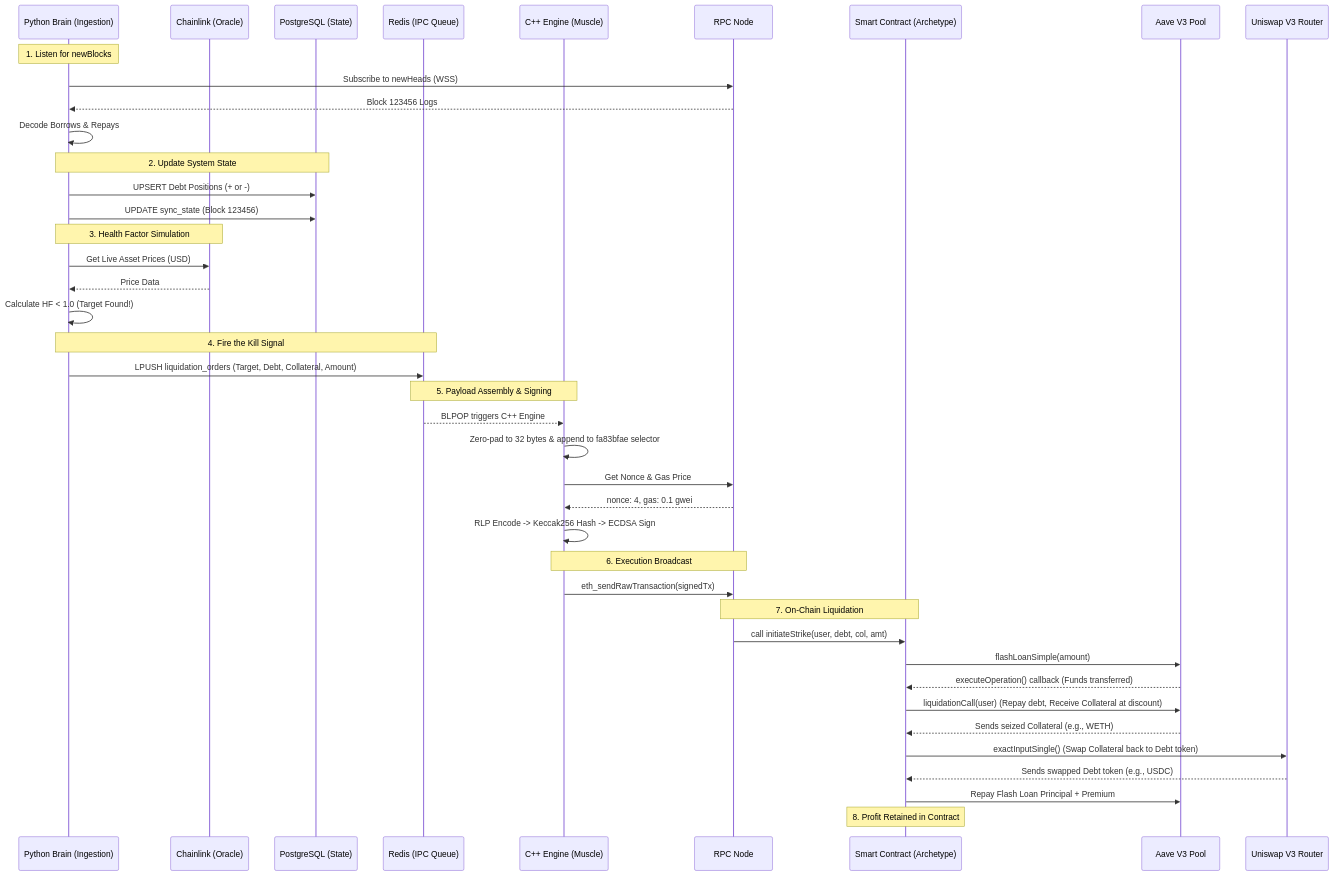
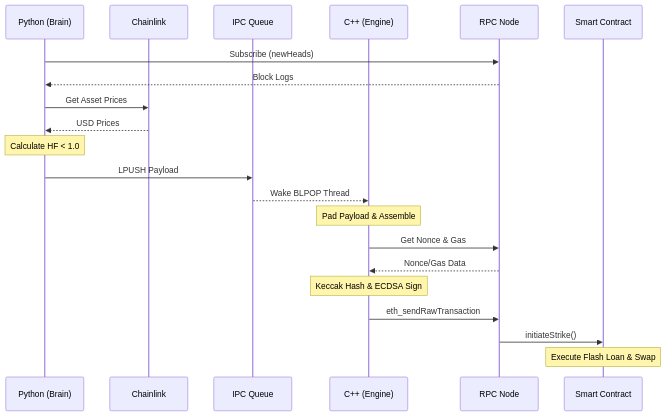
Before and after one commit to thanhdanhng11/archetype_bot: the third of 3 diagrams in document/functional_requirements_and_workflow.md, drawn with Mermaid. The commit also changed other lines of this file and 33 other files, not shown here.

````diff
--- a/document/functional_requirements_and_workflow.md
+++ b/document/functional_requirements_and_workflow.md
@@ -47,50 +101,28 @@
 ```mermaid
 sequenceDiagram
-    participant B as Python Brain (Ingestion)
-    participant O as Chainlink (Oracle)
-    participant DB as PostgreSQL (State)
-    participant R as Redis (IPC Queue)
-    participant E as C++ Engine (Muscle)
+    participant Brain as Python (Brain)
+    participant Oracle as Chainlink
+    participant Redis as IPC Queue
+    participant Engine as C++ (Engine)
     participant Node as RPC Node
-    participant SC as Smart Contract (Archetype)
-    participant Aave as Aave V3 Pool
-    participant Uni as Uniswap V3 Router
+    participant SC as Smart Contract
 
-    Note over B: 1. Listen for newBlocks
-    B->>Node: Subscribe to newHeads (WSS)
-    Node-->>B: Block 123456 Logs
-    B->>B: Decode Borrows & Repays
+    Brain->>Node: Subscribe (newHeads)
+    Node-->>Brain: Block Logs
+    Brain->>Oracle: Get Asset Prices
+    Oracle-->>Brain: USD Prices
     
-    Note over B, DB: 2. Update System State
-    B->>DB: UPSERT Debt Positions (+ or -)
-    B->>DB: UPDATE sync_state (Block 123456)
+    Note over Brain: Calculate HF < 1.0
+    Brain->>Redis: LPUSH Payload
     
-    Note over B, O: 3. Health Factor Simulation
-    B->>O: Get Live Asset Prices (USD)
-    O-->>B: Price Data
-    B->>B: Calculate HF < 1.0 (Target Found!)
+    Redis-->>Engine: Wake BLPOP Thread
+    Note over Engine: Pad Payload & Assemble
+    Engine->>Node: Get Nonce & Gas
+    Node-->>Engine: Nonce/Gas Data
     
-    Note over B, R: 4. Fire the Kill Signal
-    B->>R: LPUSH liquidation_orders (Target, Debt, Collateral, Amount)
+    Note over Engine: Keccak Hash & ECDSA Sign
+    Engine->>Node: eth_sendRawTransaction
     
-    Note over E, R: 5. Payload Assembly & Signing
-    R-->>E: BLPOP triggers C++ Engine
-    E->>E: Zero-pad to 32 bytes & append to fa83bfae selector
-    E->>Node: Get Nonce & Gas Price
-    Node-->>E: nonce: 4, gas: 0.1 gwei
-    E->>E: RLP Encode -> Keccak256 Hash -> ECDSA Sign
-    
-    Note over E, Node: 6. Execution Broadcast
-    E->>Node: eth_sendRawTransaction(signedTx)
-    
-    Note over Node, SC: 7. On-Chain Liquidation
-    Node->>SC: call initiateStrike(user, debt, col, amt)
-    SC->>Aave: flashLoanSimple(amount)
-    Aave-->>SC: executeOperation() callback (Funds transferred)
-    SC->>Aave: liquidationCall(user) (Repay debt, Receive Collateral at discount)
-    Aave-->>SC: Sends seized Collateral (e.g., WETH)
-    SC->>Uni: exactInputSingle() (Swap Collateral back to Debt token)
-    Uni-->>SC: Sends swapped Debt token (e.g., USDC)
-    SC->>Aave: Repay Flash Loan Principal + Premium
-    Note over SC: 8. Profit Retained in Contract
+    Node->>SC: initiateStrike()
+    Note over SC: Execute Flash Loan & Swap
 ```
````
